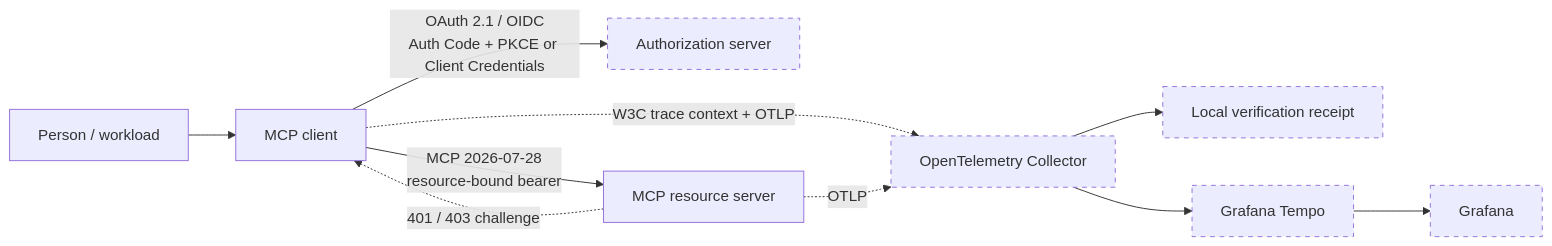
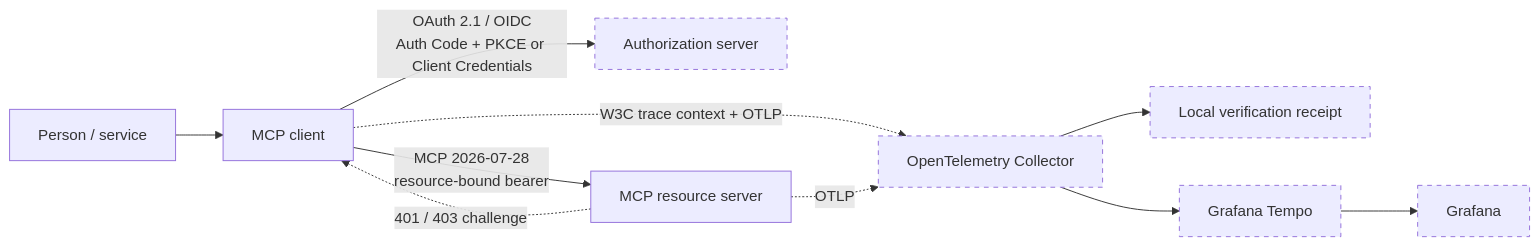
Before and after one commit to brunovicco/mcp-client-auth-template: the diagram in README.md, drawn with Mermaid. The commit also changed other lines of this file and 61 other files, not shown here.

First line of the commit message:
feat: MCP 2.2 client authorization profiles and v0.7.0 pair compatibility (#36)

````diff
--- a/README.md
+++ b/README.md
@@ -38,16 +45,16 @@
 ```mermaid
 flowchart LR
-    User["Person / workload"] --> Client["MCP client"]
+    User["Person / service"] --> Client["MCP client"]
     Client -->|"OAuth 2.1 / OIDC<br/>Auth Code + PKCE or Client Credentials"| AS["Authorization server"]
     Client -->|"MCP 2026-07-28<br/>resource-bound bearer"| Server["MCP resource server"]
     Server -.->|"401 / 403 challenge"| Client
 
     Client -.->|"W3C trace context + OTLP"| Collector["OpenTelemetry Collector"]
     Server -.->|"OTLP"| Collector
     Collector --> Receipt["Local verification receipt"]
     Collector --> Tempo["Grafana Tempo"]
     Tempo --> Grafana["Grafana"]
 
     classDef demo stroke-dasharray: 5 5;
     class AS,Collector,Receipt,Tempo,Grafana demo;
 ```
````
